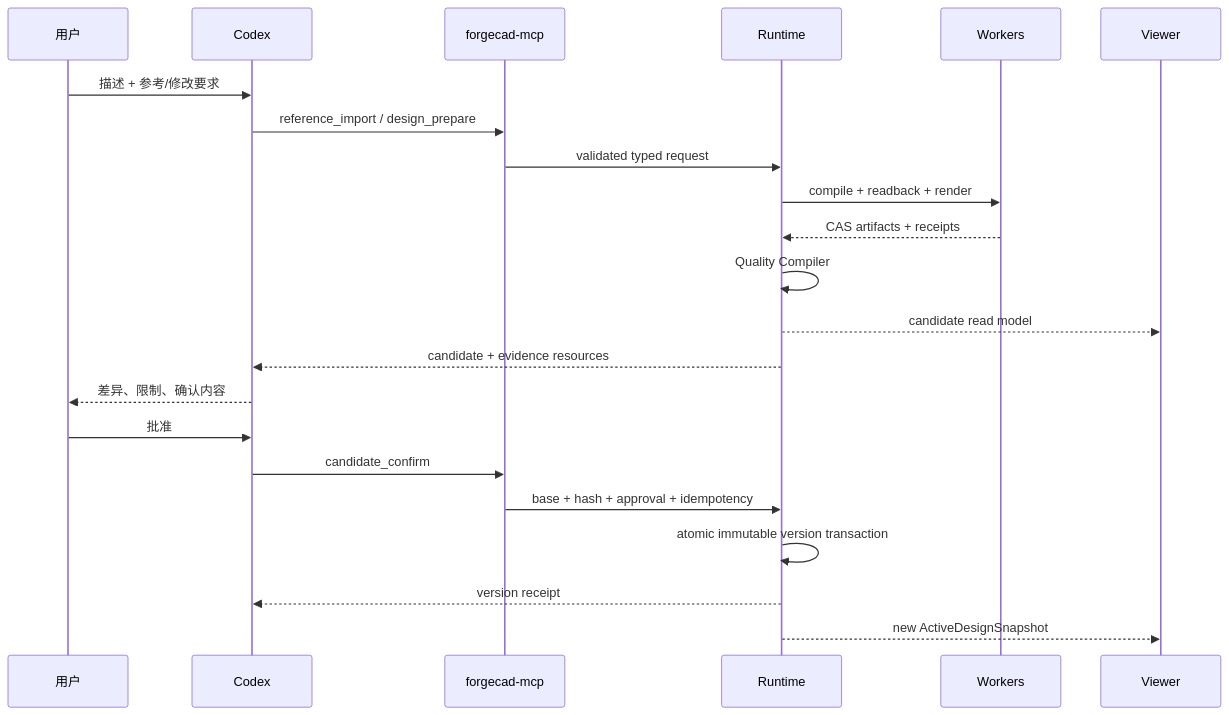
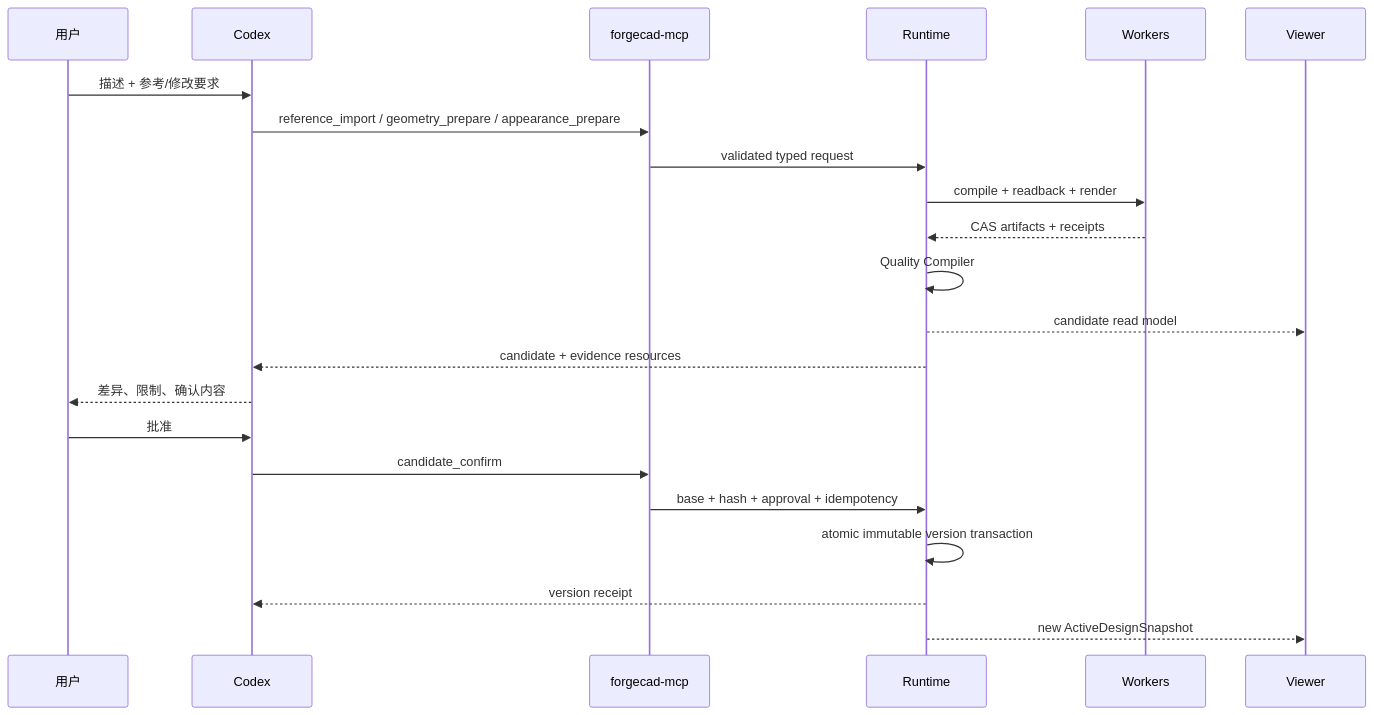
One commit to liudejua27-blip/Weaponry changed the third of 3 diagrams in docs/DESIGN.md. Above: the diagram before and after it, drawn with Mermaid. The commit also changed other lines of this file and 446 other files, not shown here.

````diff
--- a/docs/DESIGN.md
+++ b/docs/DESIGN.md
@@ -68,25 +70,25 @@
 ```mermaid
 sequenceDiagram
   participant U as 用户
   participant C as Codex
   participant M as forgecad-mcp
   participant R as Runtime
   participant W as Workers
   participant V as Viewer
 
   U->>C: 描述 + 参考/修改要求
-  C->>M: reference_import / design_prepare
+  C->>M: reference_import / geometry_prepare / appearance_prepare
   M->>R: validated typed request
   R->>W: compile + readback + render
   W-->>R: CAS artifacts + receipts
   R->>R: Quality Compiler
   R-->>V: candidate read model
   R-->>C: candidate + evidence resources
   C-->>U: 差异、限制、确认内容
   U->>C: 批准
   C->>M: candidate_confirm
   M->>R: base + hash + approval + idempotency
   R->>R: atomic immutable version transaction
   R-->>C: version receipt
   R-->>V: new ActiveDesignSnapshot
 ```
````
